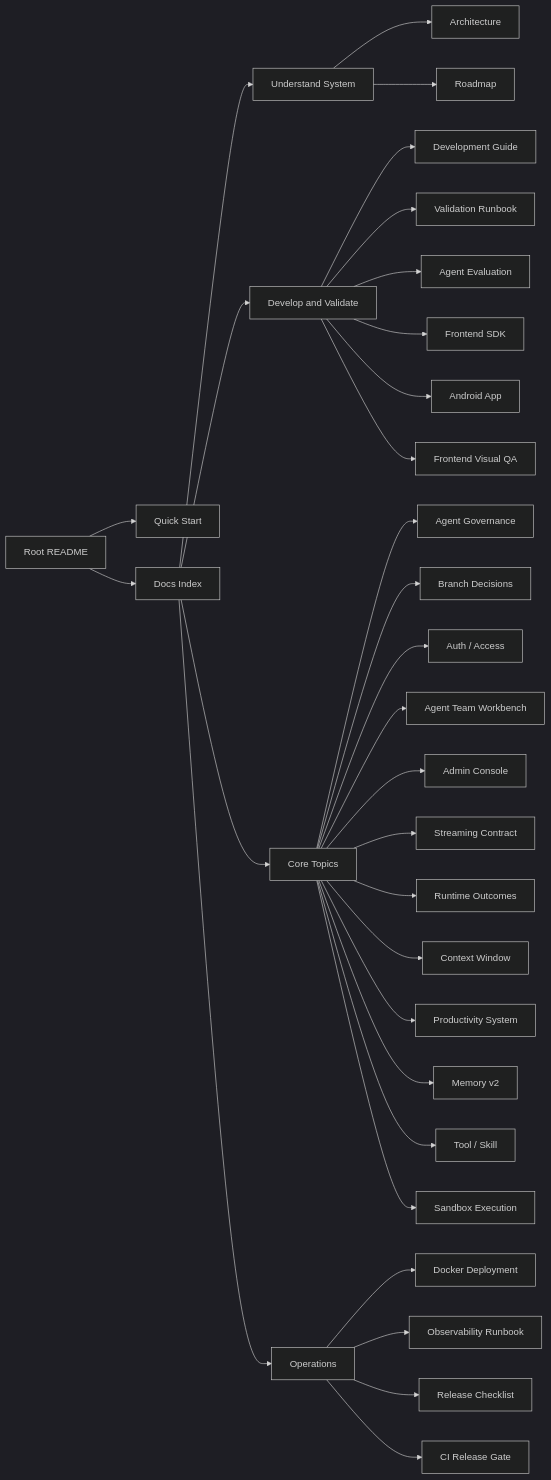
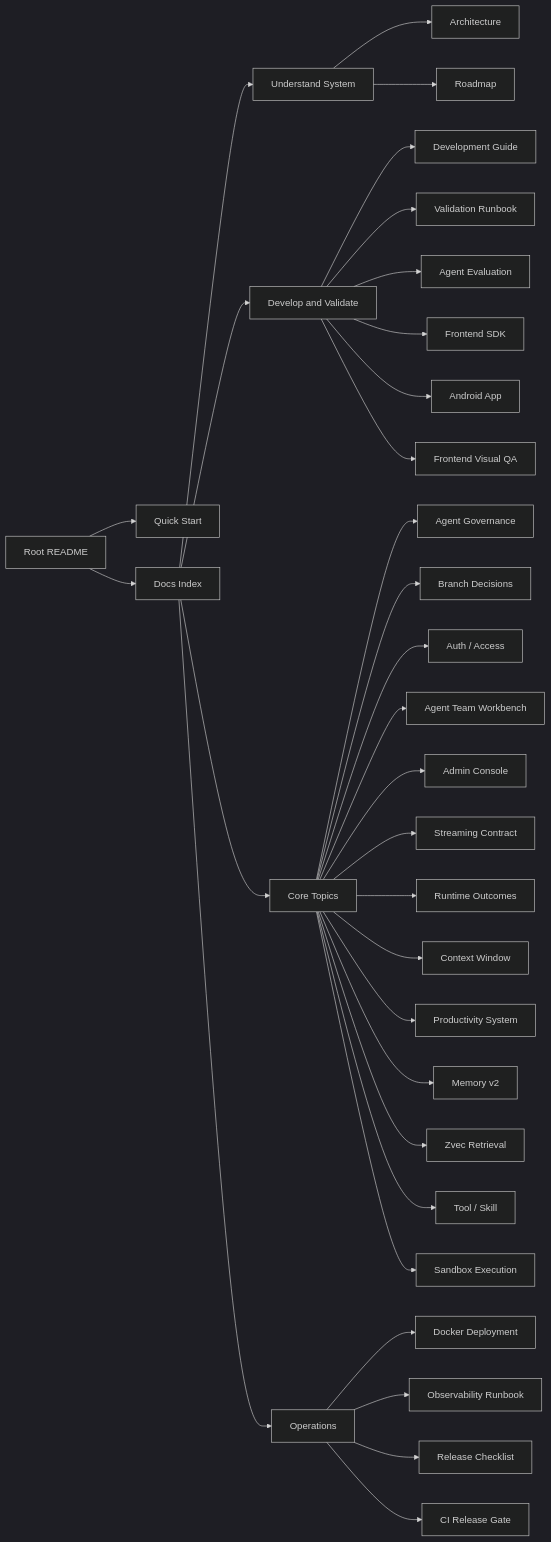
The diagram in docs/README.md (William-zgx/focus-agent), drawn with Mermaid (dark theme) before and after one commit. The commit also changed other lines of this file and 20 other files, not shown here.

Commit message:
docs: update zvec retrieval documentation

````diff
--- a/docs/README.md
+++ b/docs/README.md
@@ -9,33 +9,34 @@
 ```mermaid
 flowchart LR
     README["Root README"] --> Quick["Quick Start"]
     README --> Docs["Docs Index"]
     Docs --> Understand["Understand System"]
     Docs --> Develop["Develop and Validate"]
     Docs --> Topics["Core Topics"]
     Docs --> Ops["Operations"]
     Understand --> Architecture["Architecture"]
     Understand --> Roadmap["Roadmap"]
     Develop --> DevGuide["Development Guide"]
     Develop --> Validation["Validation Runbook"]
     Develop --> EvalGuide["Agent Evaluation"]
     Develop --> SDK["Frontend SDK"]
     Develop --> Android["Android App"]
     Develop --> FrontendQA["Frontend Visual QA"]
     Topics --> Governance["Agent Governance"]
     Topics --> BranchDecision["Branch Decisions"]
     Topics --> AuthAccess["Auth / Access"]
     Topics --> AgentTeam["Agent Team Workbench"]
     Topics --> Admin["Admin Console"]
     Topics --> Streaming["Streaming Contract"]
     Topics --> Outcomes["Runtime Outcomes"]
     Topics --> ContextWindow["Context Window"]
     Topics --> Productivity["Productivity System"]
     Topics --> Memory["Memory v2"]
+    Topics --> Retrieval["Zvec Retrieval"]
     Topics --> Tools["Tool / Skill"]
     Topics --> Sandbox["Sandbox Execution"]
     Ops --> Docker["Docker Deployment"]
     Ops --> Observability["Observability Runbook"]
     Ops --> Release["Release Checklist"]
     Ops --> CIGate["CI Release Gate"]
 ```
````
